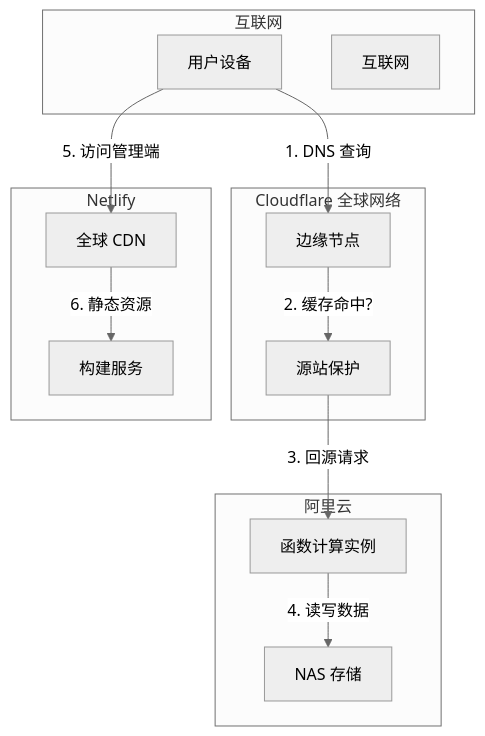
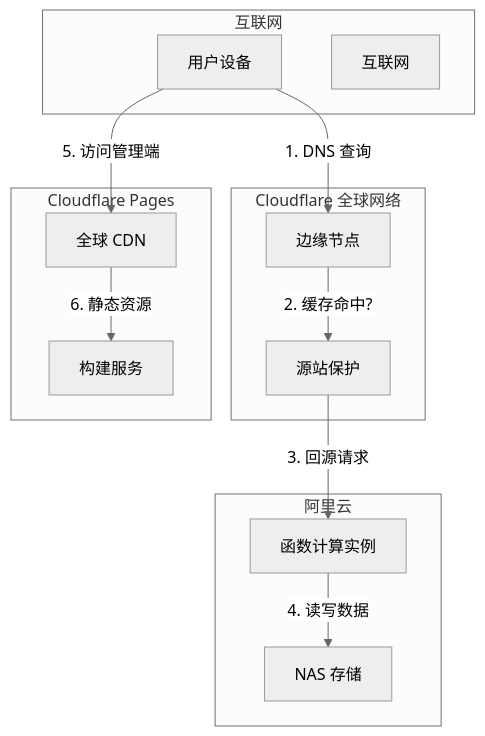
The fourth of 5 diagrams in docs/guide/lowcost/architecture.md (AstraSchedule/docs-site), drawn with Mermaid (neutral theme) before and after one commit. The commit also changed other lines of this file and 9 other files, not shown here.

Commit message:
📝 docs: 将管理端部署文档从 Netlify 全面更新为 Cloudflare Pages

````diff
--- a/docs/guide/lowcost/architecture.md
+++ b/docs/guide/lowcost/architecture.md
@@ -104,29 +104,29 @@
 ```mermaid
 graph TB
     subgraph "互联网"
         User["用户设备"]
         Internet["互联网"]
     end
     
     subgraph "Cloudflare 全球网络"
         Edge["边缘节点"]
         Origin["源站保护"]
     end
     
     subgraph "阿里云"
         FC["函数计算实例"]
         Storage["NAS 存储"]
     end
     
-    subgraph "Netlify"
+    subgraph "Cloudflare Pages"
         CDN["全球 CDN"]
         Build["构建服务"]
     end
     
     User -->|"1. DNS 查询"| Edge
     Edge -->|"2. 缓存命中?"| Origin
     Origin -->|"3. 回源请求"| FC
     FC -->|"4. 读写数据"| Storage
     User -->|"5. 访问管理端"| CDN
     CDN -->|"6. 静态资源"| Build
 ```
````
